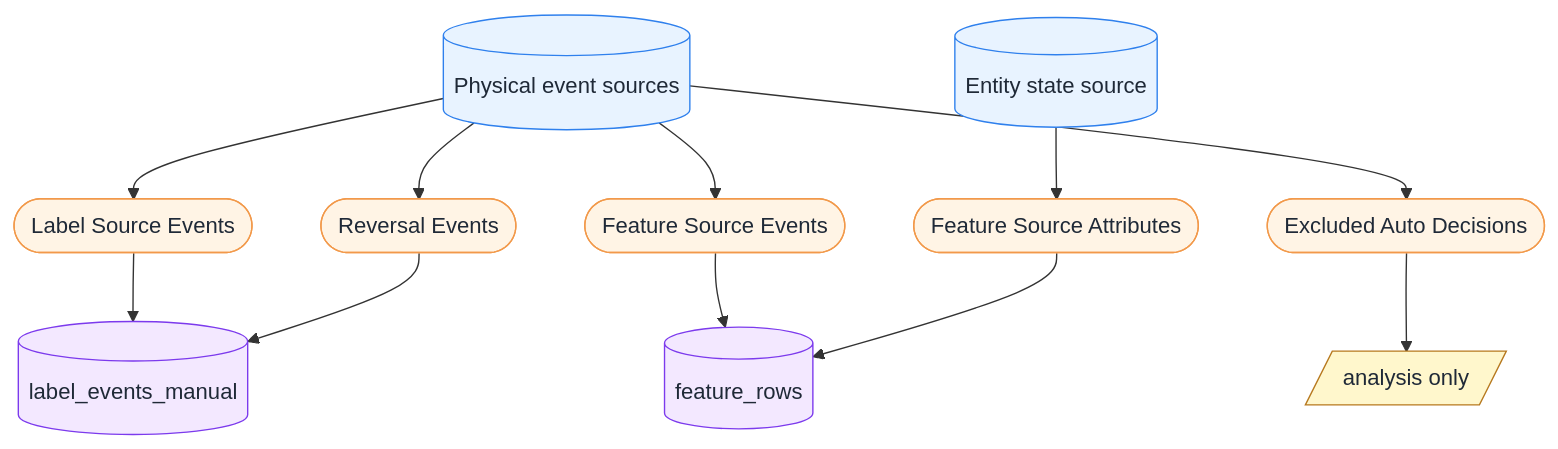
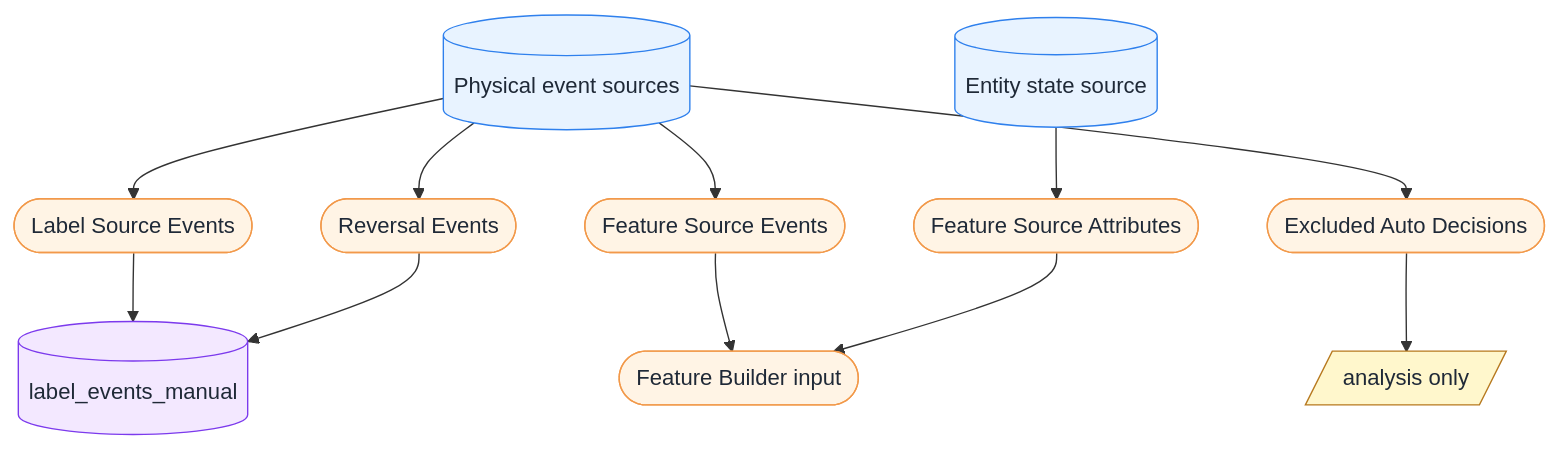
One commit to tasuku43/abuse-detection-learning changed the sixth of 16 diagrams in docs/design/evaluation_harness_architecture_mermaid_ja.md. Above: the diagram before and after it, drawn with Mermaid. The commit also changed other lines of this file and 3 other files, not shown here.

Commit message:
docs: refine scoring architecture notes

````diff
--- a/docs/design/evaluation_harness_architecture_mermaid_ja.md
+++ b/docs/design/evaluation_harness_architecture_mermaid_ja.md
@@ -153,18 +228,18 @@
 ```mermaid
 flowchart TD
   classDef raw fill:#E8F3FF,stroke:#2F80ED,color:#1F2937
   classDef role fill:#FFF4E5,stroke:#F2994A,color:#1F2937
   classDef table fill:#F3E8FF,stroke:#7C3AED,color:#1F2937
   classDef analysis fill:#FFF7CC,stroke:#B7791F,color:#1F2937
 
   BE[(Physical event sources)]:::raw --> LSE([Label Source Events]):::role
   BE --> FSE([Feature Source Events]):::role
   BE --> REV([Reversal Events]):::role
   BE --> AUTO([Excluded Auto Decisions]):::role
   DB[(Entity state source)]:::raw --> FSA([Feature Source Attributes]):::role
   LSE --> LH[(label_events_manual)]:::table
   REV --> LH
-  FSE --> FR[(feature_rows)]:::table
+  FSE --> FR([Feature Builder input]):::role
   FSA --> FR
   AUTO --> AN[/analysis only/]:::analysis
 ```
````
